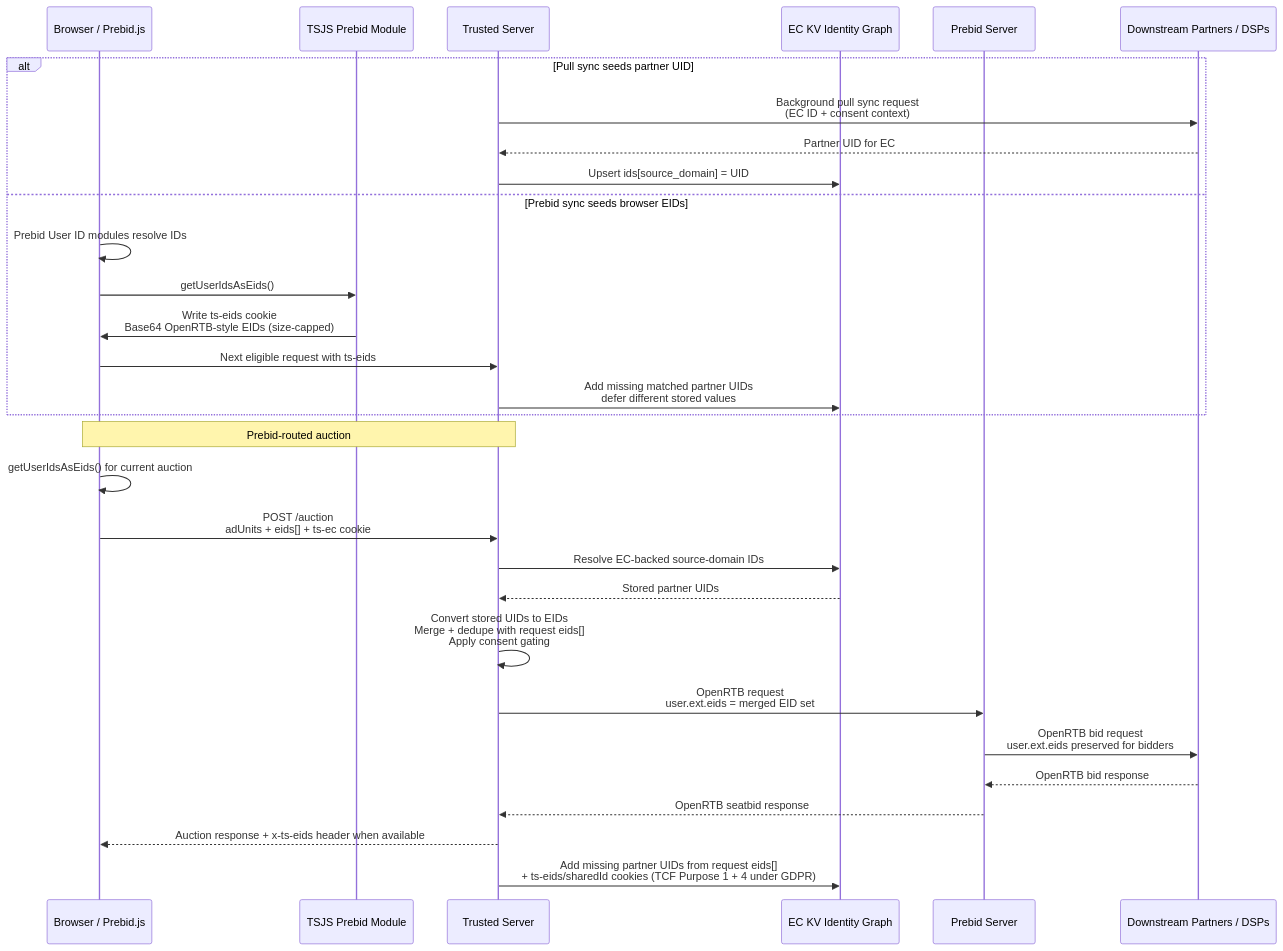
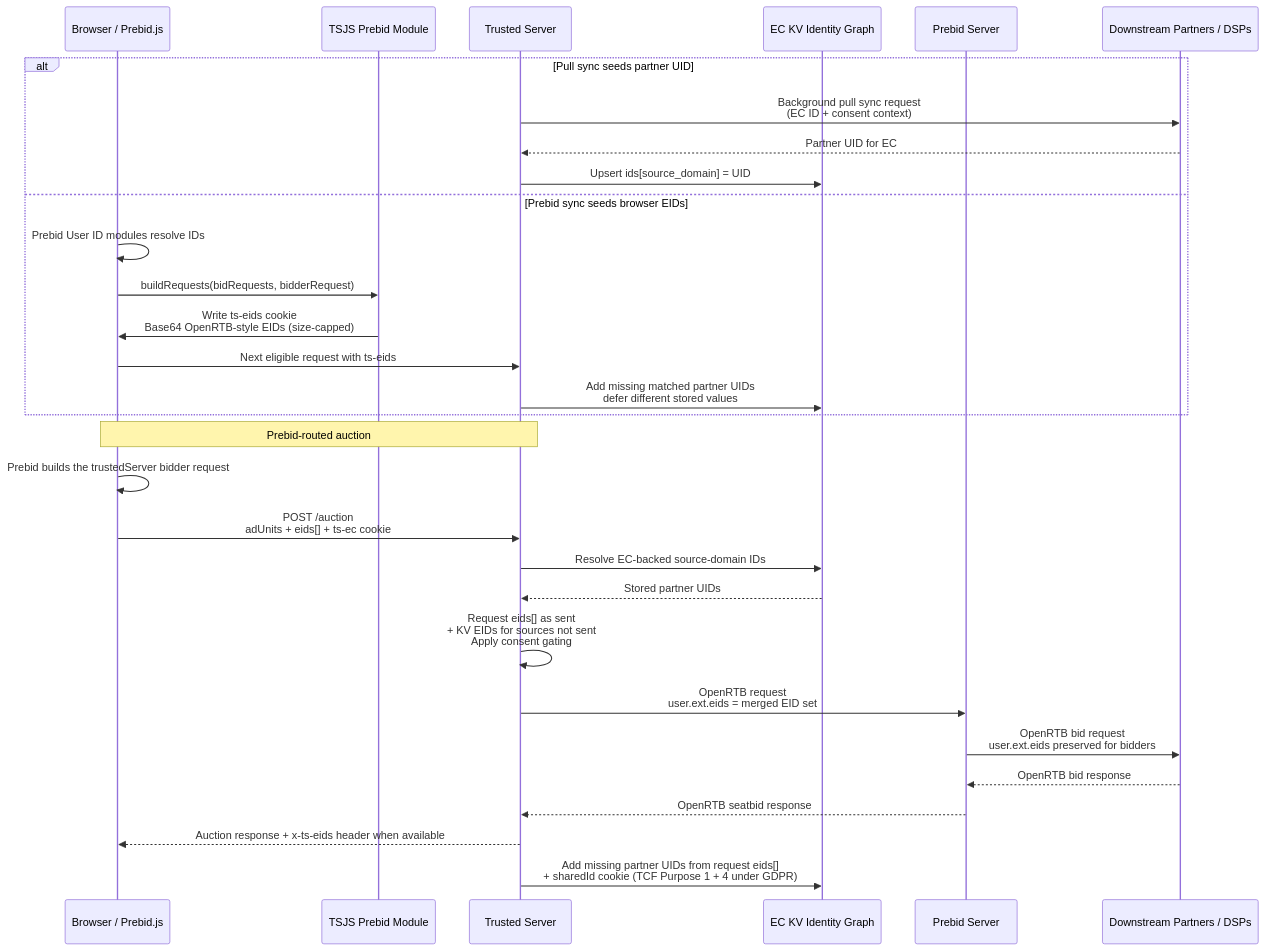
The sixth of 6 diagrams in docs/guide/edge-cookies.md (IABTechLab/trusted-server), drawn with Mermaid before and after one commit. The commit also changed other lines of this file and 5 other files, not shown here.

First line of the commit message:
Document Prebid EID forwarding, the ts-eids writer and the TCF exception

````diff
--- a/docs/guide/edge-cookies.md
+++ b/docs/guide/edge-cookies.md
@@ -196,34 +201,34 @@
 ```mermaid
 sequenceDiagram
     participant B as Browser / Prebid.js
     participant TSJS as TSJS Prebid Module
     participant TS as Trusted Server
     participant KV as EC KV Identity Graph
     participant PS as Prebid Server
     participant DSP as Downstream Partners / DSPs
 
     alt Pull sync seeds partner UID
         TS->>DSP: Background pull sync request<br/>(EC ID + consent context)
         DSP-->>TS: Partner UID for EC
         TS->>KV: Upsert ids[source_domain] = UID
     else Prebid sync seeds browser EIDs
         B->>B: Prebid User ID modules resolve IDs
-        B->>TSJS: getUserIdsAsEids()
+        B->>TSJS: buildRequests(bidRequests, bidderRequest)
         TSJS->>B: Write ts-eids cookie<br/>Base64 OpenRTB-style EIDs (size-capped)
         B->>TS: Next eligible request with ts-eids
         TS->>KV: Add missing matched partner UIDs<br/>defer different stored values
     end
 
     Note over B,TS: Prebid-routed auction
-    B->>B: getUserIdsAsEids() for current auction
+    B->>B: Prebid builds the trustedServer bidder request
     B->>TS: POST /auction<br/>adUnits + eids[] + ts-ec cookie
     TS->>KV: Resolve EC-backed source-domain IDs
     KV-->>TS: Stored partner UIDs
-    TS->>TS: Convert stored UIDs to EIDs<br/>Merge + dedupe with request eids[]<br/>Apply consent gating
+    TS->>TS: Request eids[] as sent<br/>+ KV EIDs for sources not sent<br/>Apply consent gating
     TS->>PS: OpenRTB request<br/>user.ext.eids = merged EID set
     PS->>DSP: OpenRTB bid request<br/>user.ext.eids preserved for bidders
     DSP-->>PS: OpenRTB bid response
     PS-->>TS: OpenRTB seatbid response
     TS-->>B: Auction response + x-ts-eids header when available
-    TS->>KV: Add missing partner UIDs from request eids[]<br/>+ ts-eids/sharedId cookies (TCF Purpose 1 + 4 under GDPR)
+    TS->>KV: Add missing partner UIDs from request eids[]<br/>+ sharedId cookie (TCF Purpose 1 + 4 under GDPR)
 ```
````
